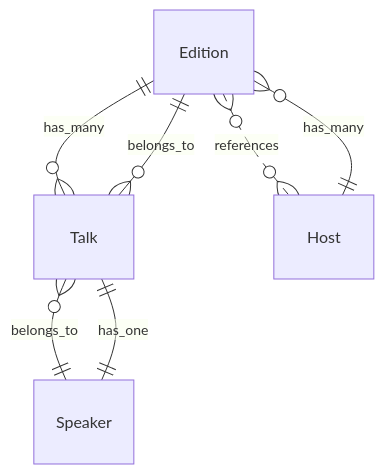
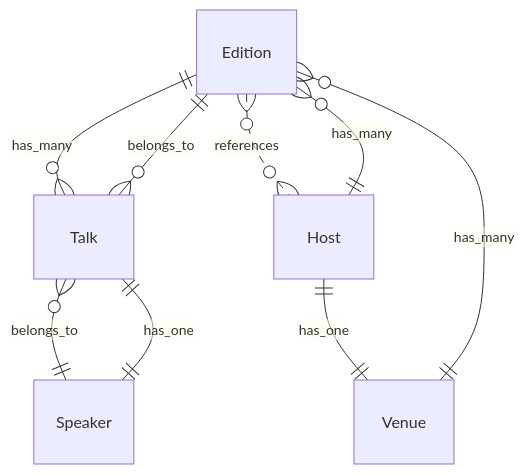
Before and after one commit to webgrip/twente.dev: the diagram in docs/domain/overview.md, drawn with Mermaid. The commit also changed 7 other files, not shown here.

First line of the commit message:
feat(domein): Venue is een eigen term, flagship is er geen meer

````diff
--- a/docs/domain/overview.md
+++ b/docs/domain/overview.md
@@ -14,13 +14,16 @@
 ```mermaid
 erDiagram
     Edition {}
     Talk {}
     Host {}
+    Venue {}
     Speaker {}
     Edition ||--o{ Talk : has_many
     Edition }o..o{ Host : references
     Talk }o--|| Speaker : belongs_to
     Talk }o--|| Edition : belongs_to
     Host ||--o{ Edition : has_many
+    Host ||--|| Venue : has_one
+    Venue ||--o{ Edition : has_many
     Speaker ||--|| Talk : has_one
 ```
````
